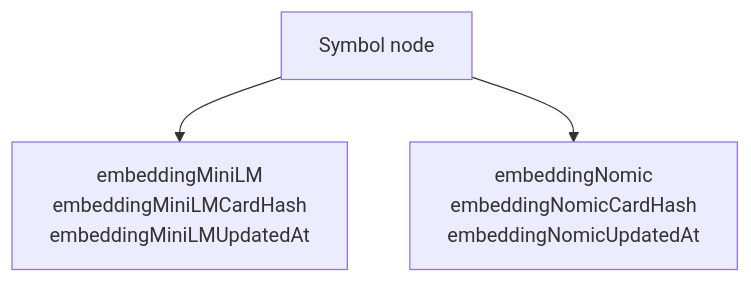
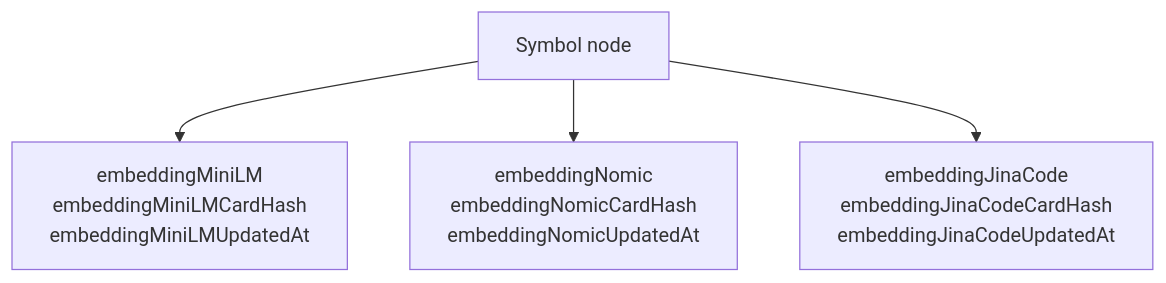
One commit to GlitterKill/sdl-mcp changed the sixth of 12 diagrams in docs/feature-deep-dives/semantic-engine.md. Above: the diagram before and after it, drawn with Mermaid. The commit also changed other lines of this file and 12 other files, not shown here.

````diff
--- a/docs/feature-deep-dives/semantic-engine.md
+++ b/docs/feature-deep-dives/semantic-engine.md
@@ -345,5 +355,6 @@
 ```mermaid
 flowchart TD
     Symbol["Symbol node"] --> MiniLM["embeddingMiniLM<br/>embeddingMiniLMCardHash<br/>embeddingMiniLMUpdatedAt"]
     Symbol --> Nomic["embeddingNomic<br/>embeddingNomicCardHash<br/>embeddingNomicUpdatedAt"]
+    Symbol --> Jina["embeddingJinaCode<br/>embeddingJinaCodeCardHash<br/>embeddingJinaCodeUpdatedAt"]
 ```
````
